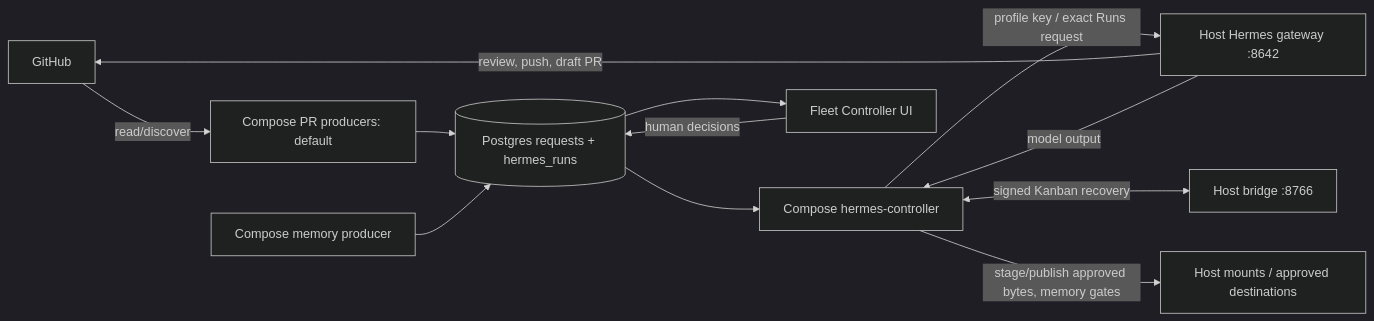
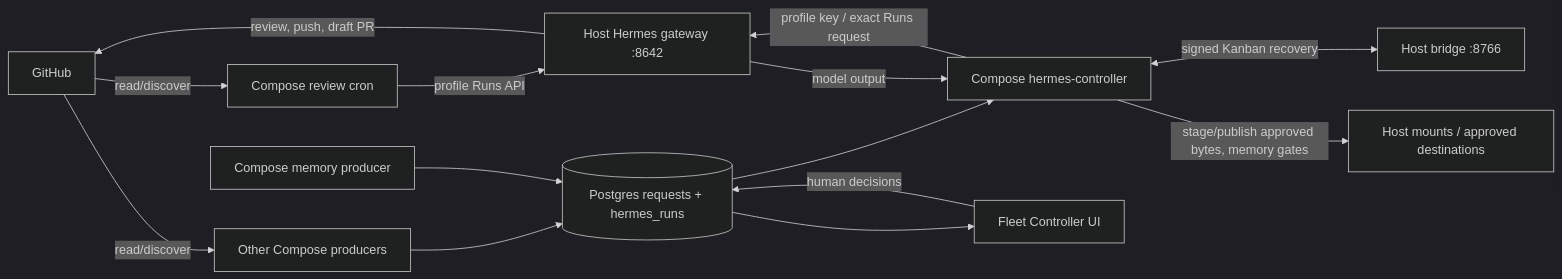
One commit to Zhachory1/ai-pr-automation changed the diagram in docs/architecture.md. Above: the diagram before and after it, drawn with Mermaid (dark theme). The commit also changed other lines of this file and 10 other files, not shown here.

First line of the commit message:
feat(hermes): replace default review producer with cron

````diff
--- a/docs/architecture.md
+++ b/docs/architecture.md
@@ -5,14 +5,16 @@
 ```mermaid
 flowchart LR
-  GH[GitHub] -->|read/discover| P[Compose PR producers: default]
+  GH[GitHub] -->|read/discover| R[Compose review cron]
+  R -->|profile Runs API| H[Host Hermes gateway :8642]
+  GH -->|read/discover| P[Other Compose producers]
   P --> Q[(Postgres requests + hermes_runs)]
   M[Compose memory producer] --> Q
   Q --> C[Compose hermes-controller]
-  C -->|profile key / exact Runs request| H[Host Hermes gateway :8642]
+  C -->|profile key / exact Runs request| H
   C <-->|signed Kanban recovery| B[Host bridge :8766]
   H -->|review, push, draft PR| GH
   H -->|model output| C
   C -->|stage/publish approved bytes, memory gates| D[Host mounts / approved destinations]
   Q --> U[Fleet Controller UI]
   U -->|human decisions| Q
 ```
````
